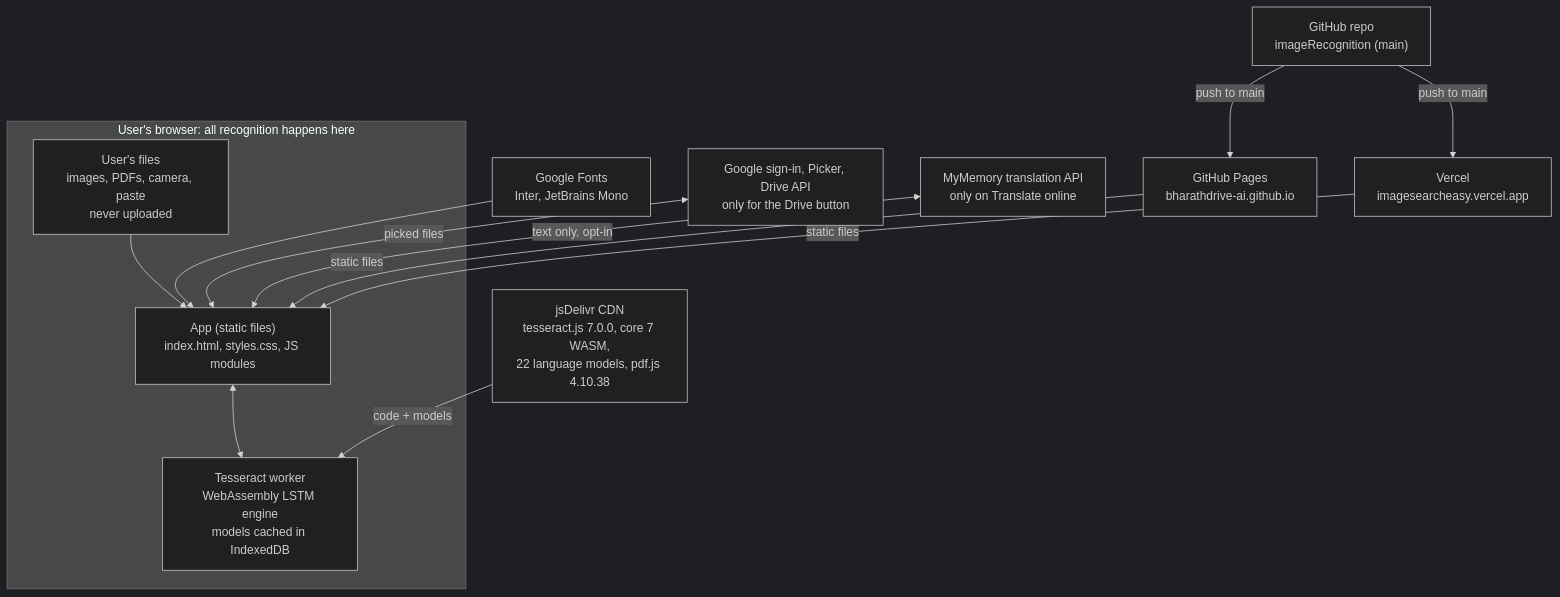
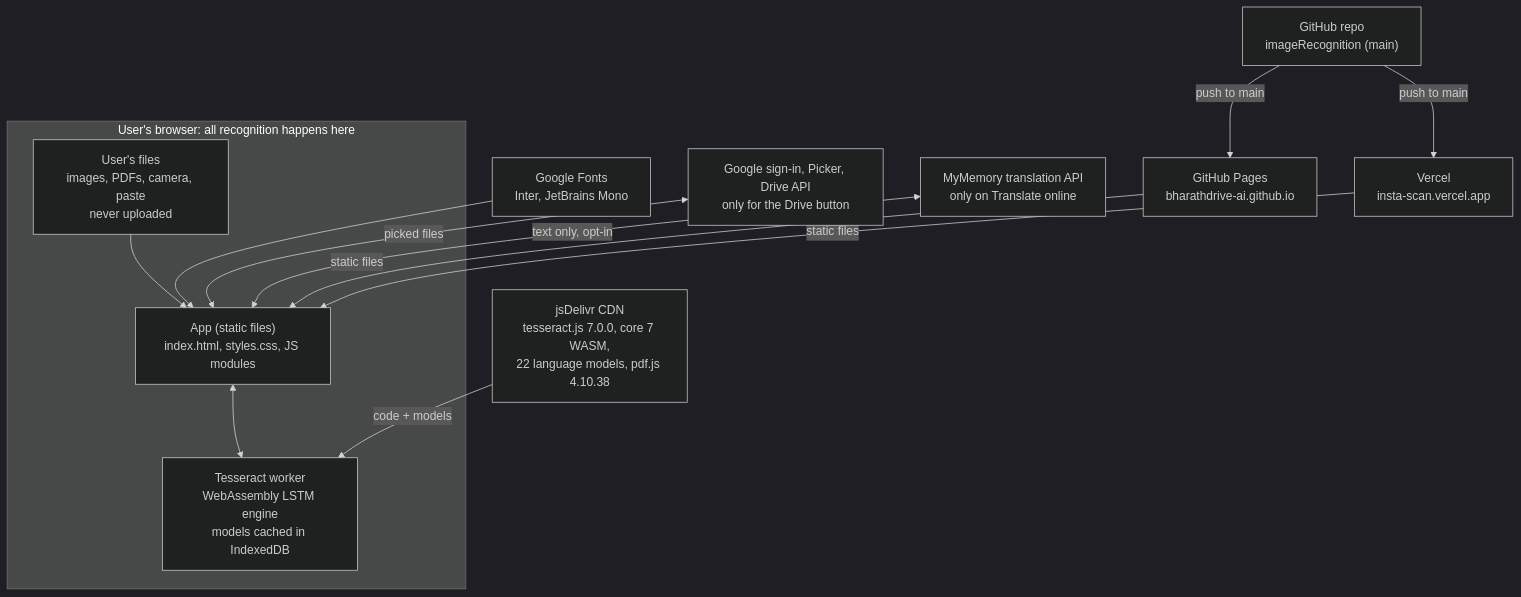
Before and after one commit to bharathdrive-ai/imageRecognition: the first of 3 diagrams in ARCHITECTURE.md, drawn with Mermaid (dark theme). The commit also changed other lines of this file and 1 other file, not shown here.

First line of the commit message:
docs: new production address insta-scan.vercel.app

````diff
--- a/ARCHITECTURE.md
+++ b/ARCHITECTURE.md
@@ -15,23 +15,23 @@
 ```mermaid
 flowchart TB
     repo["GitHub repo<br/>imageRecognition (main)"]
     pages["GitHub Pages<br/>bharathdrive-ai.github.io"]
-    vercel["Vercel<br/>imagesearcheasy.vercel.app"]
+    vercel["Vercel<br/>insta-scan.vercel.app"]
     repo -- "push to main" --> pages
     repo -- "push to main" --> vercel
 
     subgraph browser["User's browser: all recognition happens here"]
         files["User's files<br/>images, PDFs, camera, paste<br/>never uploaded"]
         app["App (static files)<br/>index.html, styles.css, JS modules"]
         worker["Tesseract worker<br/>WebAssembly LSTM engine<br/>models cached in IndexedDB"]
         files --> app
         app <--> worker
     end
 
     pages -- "static files" --> app
     vercel -- "static files" --> app
     cdn["jsDelivr CDN<br/>tesseract.js 7.0.0, core 7 WASM,<br/>22 language models, pdf.js 4.10.38"] -- "code + models" --> worker
     fonts["Google Fonts<br/>Inter, JetBrains Mono"] --> app
     google["Google sign-in, Picker, Drive API<br/>only for the Drive button"] <-- "picked files" --> app
     mymemory["MyMemory translation API<br/>only on Translate online"] <-- "text only, opt-in" --> app
 ```
````
